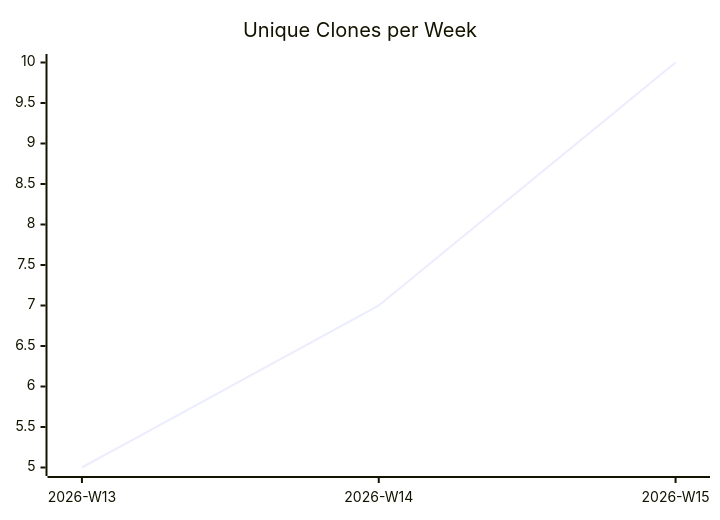
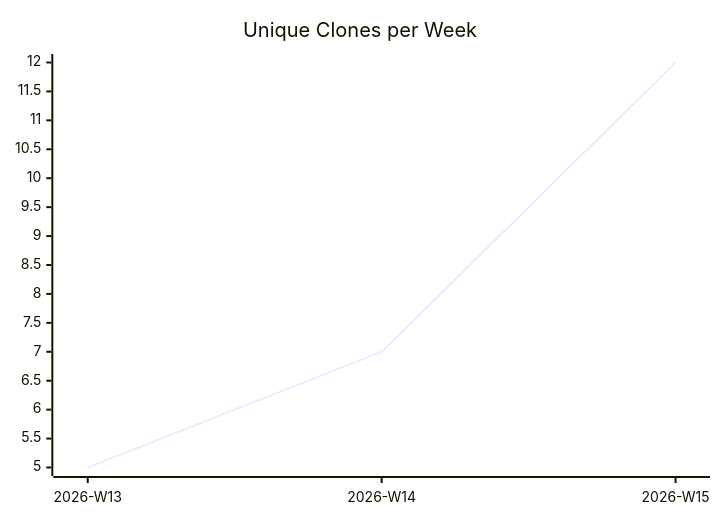
One commit to justdavis-family/github-analytics-data changed the third of 3 diagrams in karlmdavis/fhir-benchmarks/README.md. Above: the diagram before and after it, drawn with Mermaid. The commit also changed other lines of this file and 192 other files, not shown here.

````diff
--- a/karlmdavis/fhir-benchmarks/README.md
+++ b/karlmdavis/fhir-benchmarks/README.md
@@ -19,6 +19,6 @@
 ```mermaid
 xychart-beta
   title "Unique Clones per Week"
   x-axis ["2026-W13", "2026-W14", "2026-W15"]
-  line [5, 7, 10]
+  line [5, 7, 12]
 ```
````
